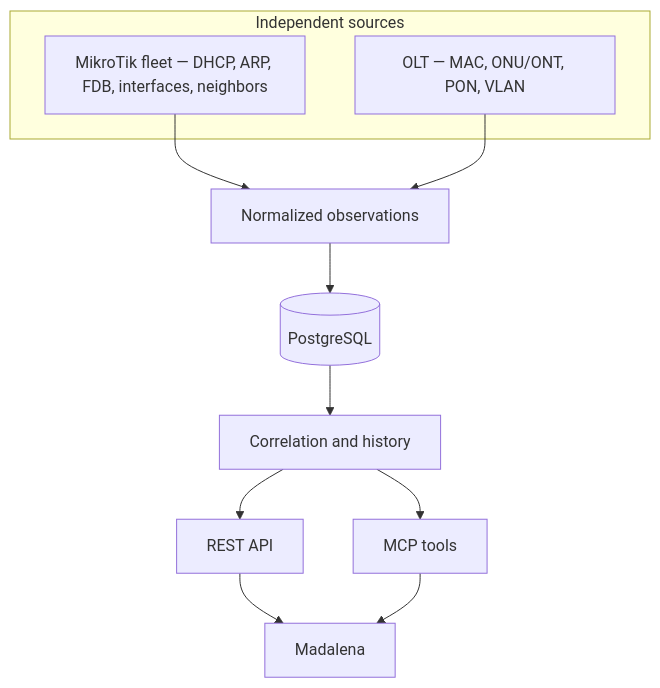
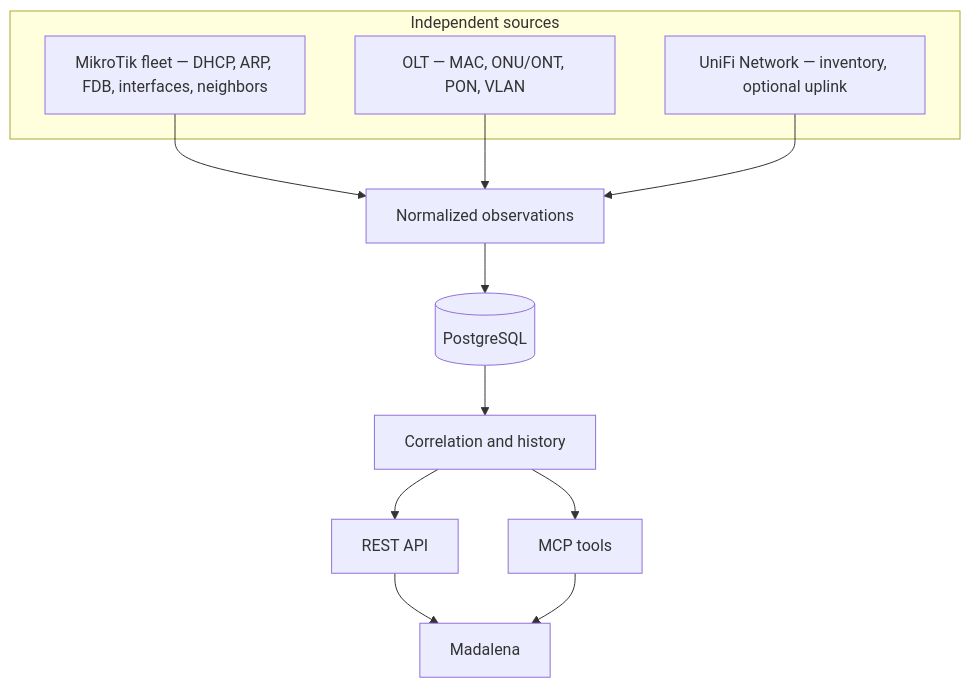
The first of 2 diagrams in docs/architecture/overview.md (3mstecnologia-del/madalena-network-intelligence), drawn with Mermaid before and after one commit. The commit also changed 24 other files, not shown here.

````diff
--- a/docs/architecture/overview.md
+++ b/docs/architecture/overview.md
@@ -15,23 +15,25 @@
 ```mermaid
 flowchart TB
   subgraph sources [Independent sources]
     MK["MikroTik fleet — DHCP, ARP, FDB, interfaces, neighbors"]
     OLT["OLT — MAC, ONU/ONT, PON, VLAN"]
+    UNI["UniFi Network — inventory, optional uplink"]
   end
 
   OBS[Normalized observations]
   PG[(PostgreSQL)]
   CORR[Correlation and history]
   API[REST API]
   MCP[MCP tools]
   MAD[Madalena]
 
   MK --> OBS
   OLT --> OBS
+  UNI --> OBS
   OBS --> PG
   PG --> CORR
   CORR --> API
   CORR --> MCP
   API --> MAD
   MCP --> MAD
 ```
````
